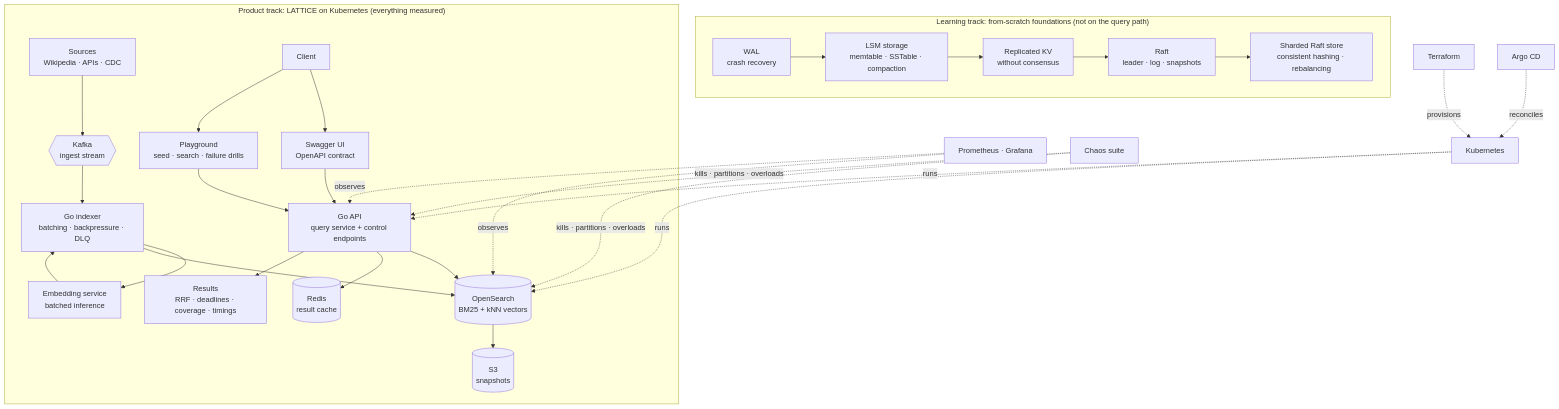
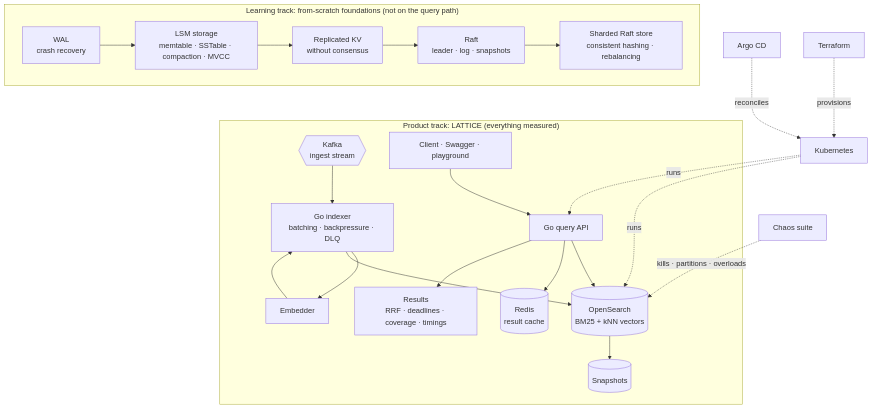
One commit to nickemma/lattice changed the diagram in README.md. Above: the diagram before and after it, drawn with Mermaid. The commit also changed other lines of this file and 8 other files, not shown here.

````diff
--- a/README.md
+++ b/README.md
@@ -43,36 +70,27 @@
 ```mermaid
 flowchart TB
     subgraph FOUNDATIONS["Learning track: from-scratch foundations (not on the query path)"]
-        WAL["WAL<br/>crash recovery"] --> LSM["LSM storage<br/>memtable · SSTable · compaction"]
+        WAL["WAL<br/>crash recovery"] --> LSM["LSM storage<br/>memtable · SSTable · compaction · MVCC"]
         LSM --> KV["Replicated KV<br/>without consensus"]
         KV --> RAFT["Raft<br/>leader · log · snapshots"]
         RAFT --> SHARD["Sharded Raft store<br/>consistent hashing · rebalancing"]
     end
 
-    subgraph PRODUCT["Product track: LATTICE on Kubernetes (everything measured)"]
-        SRC["Sources<br/>Wikipedia · APIs · CDC"] --> KAFKA{{"Kafka<br/>ingest stream"}}
-        KAFKA --> IDX["Go indexer<br/>batching · backpressure · DLQ"]
-        IDX --> EMB["Embedding service<br/>batched inference"]
+    subgraph PRODUCT["Product track: LATTICE (everything measured)"]
+        KAFKA{{"Kafka<br/>ingest stream"}} --> IDX["Go indexer<br/>batching · backpressure · DLQ"]
+        IDX --> EMB["Embedder"]
         EMB --> IDX
         IDX --> OS[("OpenSearch<br/>BM25 + kNN vectors")]
-
-        CLIENT["Client"] --> SWAGGER["Swagger UI<br/>OpenAPI contract"]
-        CLIENT --> PLAY["Playground<br/>seed · search · failure drills"]
-        SWAGGER --> API["Go API<br/>query service + control endpoints"]
-        PLAY --> API
+        CLIENT["Client · Swagger · playground"] --> API["Go query API"]
         API --> OS
         API --> CACHE[("Redis<br/>result cache")]
         API --> RESP["Results<br/>RRF · deadlines · coverage · timings"]
-
-        OS --> SNAP[("S3\nsnapshots")]
+        OS --> SNAP[("Snapshots")]
     end
 
     TF["Terraform"] -. provisions .-> K8S["Kubernetes"]
+    ARGO["Argo CD"] -. reconciles .-> K8S
     K8S -. runs .-> OS
     K8S -. runs .-> API
-    ARGO["Argo CD"] -. reconciles .-> K8S
-    OBS["Prometheus · Grafana"] -. observes .-> OS
-    OBS -. observes .-> API
     CHAOS["Chaos suite"] -. kills · partitions · overloads .-> OS
-    CHAOS -. kills · partitions · overloads .-> API
 ```
````
